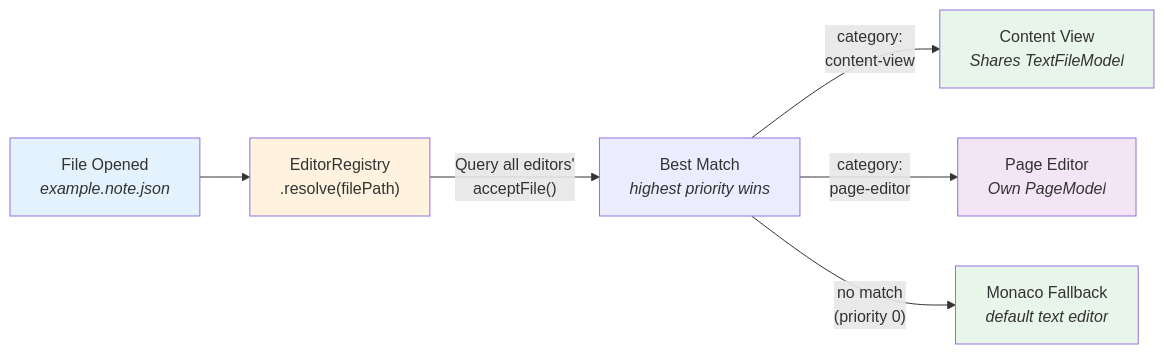
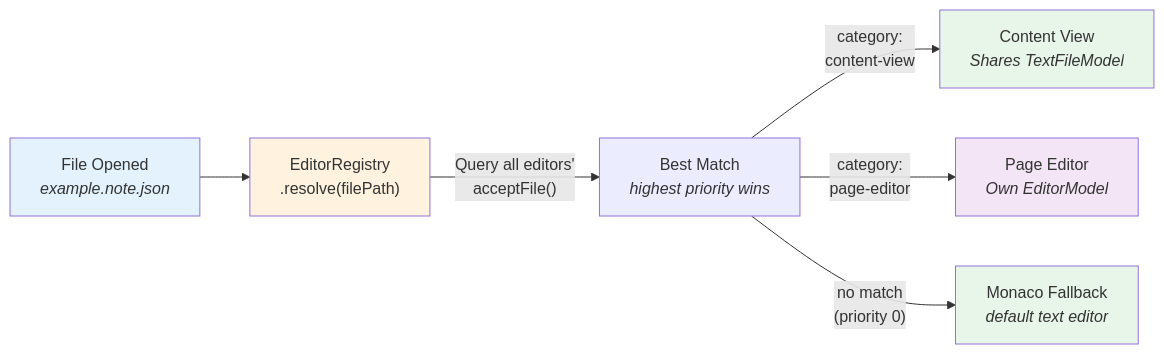
Before and after one commit to andriy-viyatyk/persephone: the diagram in doc/architecture/diagrams/3-editor-resolution.mmd, drawn with Mermaid. The commit also changed 47 other files, not shown here.

First line of the commit message:
US-318: Rename PageModel → EditorModel

```diff
--- a/doc/architecture/diagrams/3-editor-resolution.mmd
+++ b/doc/architecture/diagrams/3-editor-resolution.mmd
@@ -1,14 +1,14 @@
 flowchart LR
     FILE["File Opened<br/><i>example.note.json</i>"] --> REG["EditorRegistry<br/>.resolve(filePath)"]
 
     REG --> |"Query all editors'<br/>acceptFile()"| BEST["Best Match<br/><i>highest priority wins</i>"]
 
     BEST --> |"category:<br/>content-view"| CV["Content View<br/><i>Shares TextFileModel</i>"]
-    BEST --> |"category:<br/>page-editor"| PE["Page Editor<br/><i>Own PageModel</i>"]
+    BEST --> |"category:<br/>page-editor"| PE["Page Editor<br/><i>Own EditorModel</i>"]
     BEST --> |"no match<br/>(priority 0)"| MONACO["Monaco Fallback<br/><i>default text editor</i>"]
 
     style FILE fill:#e3f2fd
     style REG fill:#fff3e0
     style CV fill:#e8f5e9
     style PE fill:#f3e5f5
     style MONACO fill:#e8f5e9
```
